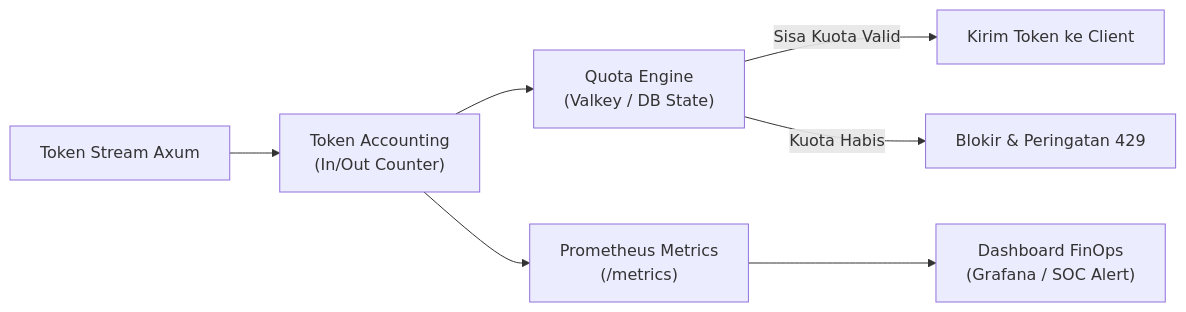
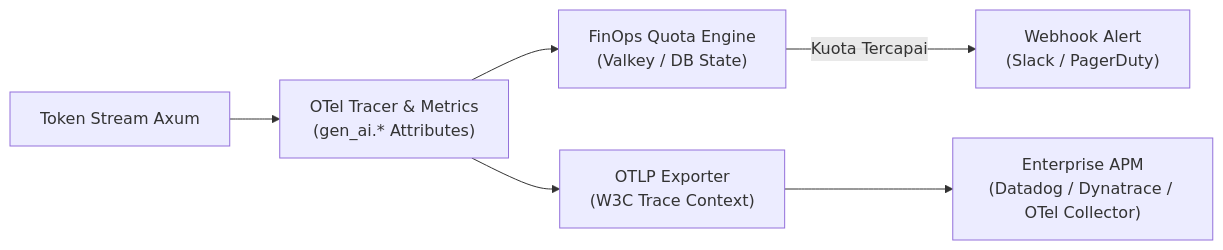
Before and after one commit to ihkaru/lumis: the diagram in docs/roadmap/04_PHASE_4_FINOPS_TOKEN_BUDGETING_AND_METRICS.md, drawn with Mermaid. The commit also changed other lines of this file and 30 other files, not shown here.

````diff
--- a/docs/roadmap/04_PHASE_4_FINOPS_TOKEN_BUDGETING_AND_METRICS.md
+++ b/docs/roadmap/04_PHASE_4_FINOPS_TOKEN_BUDGETING_AND_METRICS.md
@@ -23,9 +30,8 @@
 ```mermaid
 flowchart LR
-    TokenStream["Token Stream Axum"] --> Counter["Token Accounting\n(In/Out Counter)"]
-    Counter --> QuotaEngine["Quota Engine\n(Valkey / DB State)"]
-    QuotaEngine -->|Sisa Kuota Valid| Deliver["Kirim Token ke Client"]
-    QuotaEngine -->|Kuota Habis| Throttle["Blokir & Peringatan 429"]
-    Counter --> Prometheus["Prometheus Metrics\n(/metrics)"]
-    Prometheus --> Grafana["Dashboard FinOps\n(Grafana / SOC Alert)"]
+    TokenStream["Token Stream Axum"] --> OTel["OTel Tracer & Metrics\n(gen_ai.* Attributes)"]
+    OTel --> Quota["FinOps Quota Engine\n(Valkey / DB State)"]
+    OTel --> Exporter["OTLP Exporter\n(W3C Trace Context)"]
+    Exporter --> APM["Enterprise APM\n(Datadog / Dynatrace / OTel Collector)"]
+    Quota -->|Kuota Tercapai| Alert["Webhook Alert\n(Slack / PagerDuty)"]
 ```
````
